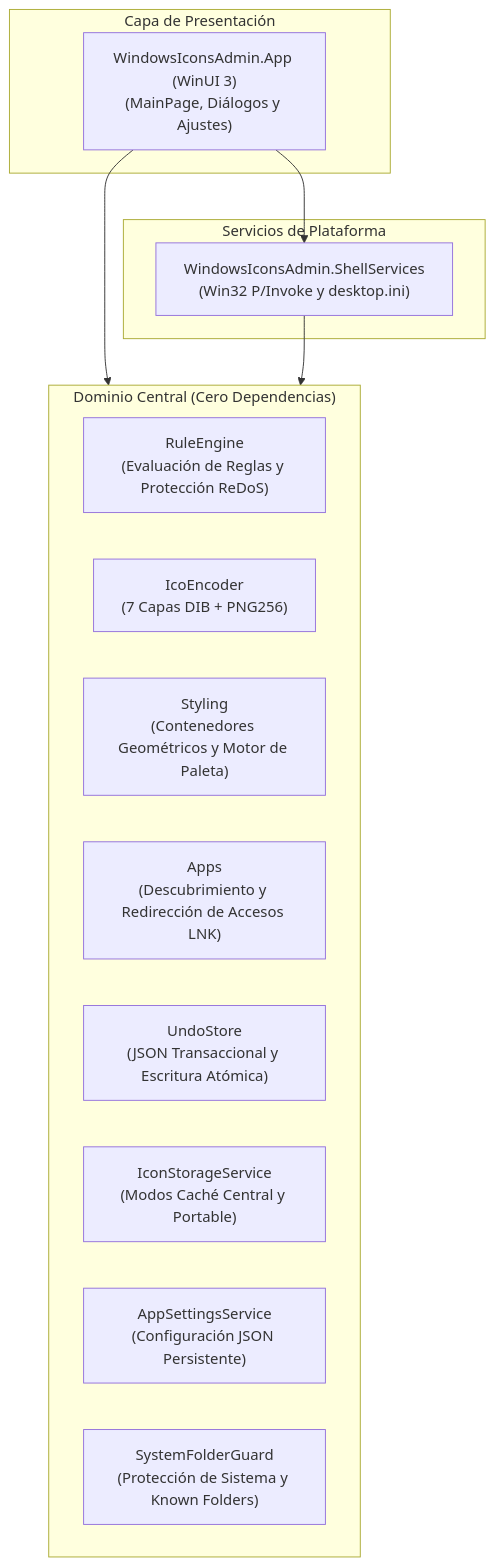
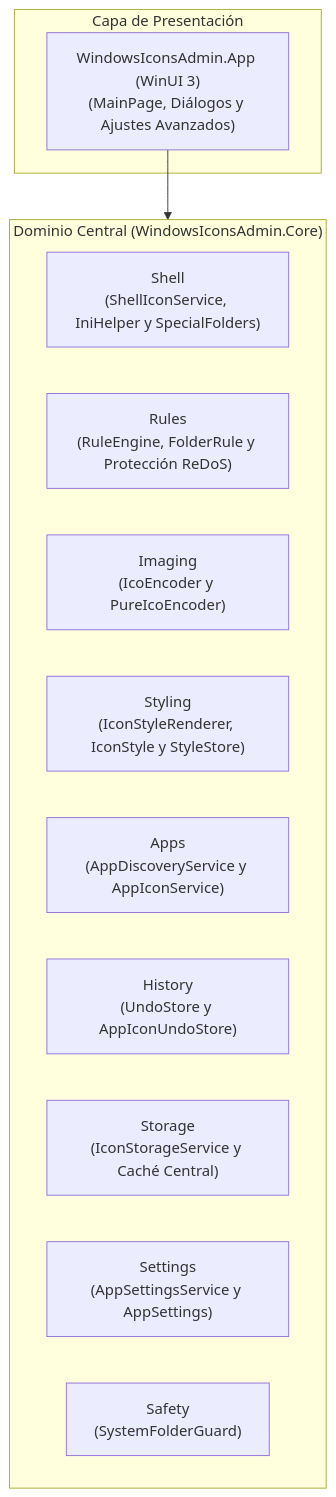
The diagram in README.es.md (AnaCataVC/windows-icons-admin), drawn with Mermaid before and after one commit. The commit also changed other lines of this file and 2 other files, not shown here.

Commit message:
docs: sync bilingual architecture docs and agent guidelines

````diff
--- a/README.es.md
+++ b/README.es.md
@@ -44,25 +44,20 @@
 ```mermaid
 flowchart TD
     subgraph UI ["Capa de Presentación"]
-        App["WindowsIconsAdmin.App (WinUI 3)<br/>(MainPage, Diálogos y Ajustes)"]
+        App["WindowsIconsAdmin.App (WinUI 3)<br/>(MainPage, Diálogos y Ajustes Avanzados)"]
     end
 
-    subgraph Shell ["Servicios de Plataforma"]
-        ShellSvc["WindowsIconsAdmin.ShellServices<br/>(Win32 P/Invoke y desktop.ini)"]
+    subgraph Core ["Dominio Central (WindowsIconsAdmin.Core)"]
+        Shell["Shell<br/>(ShellIconService, IniHelper y SpecialFolders)"]
+        Rules["Rules<br/>(RuleEngine, FolderRule y Protección ReDoS)"]
+        Imaging["Imaging<br/>(IcoEncoder y PureIcoEncoder)"]
+        Styling["Styling<br/>(IconStyleRenderer, IconStyle y StyleStore)"]
+        Apps["Apps<br/>(AppDiscoveryService y AppIconService)"]
+        History["History<br/>(UndoStore y AppIconUndoStore)"]
+        Storage["Storage<br/>(IconStorageService y Caché Central)"]
+        Settings["Settings<br/>(AppSettingsService y AppSettings)"]
+        Safety["Safety<br/>(SystemFolderGuard)"]
     end
 
-    subgraph Core ["Dominio Central (Cero Dependencias)"]
-        Rules["RuleEngine<br/>(Evaluación de Reglas y Protección ReDoS)"]
-        Imaging["IcoEncoder<br/>(7 Capas DIB + PNG256)"]
-        Styling["Styling<br/>(Contenedores Geométricos y Motor de Paleta)"]
-        Apps["Apps<br/>(Descubrimiento y Redirección de Accesos LNK)"]
-        History["UndoStore<br/>(JSON Transaccional y Escritura Atómica)"]
-        Storage["IconStorageService<br/>(Modos Caché Central y Portable)"]
-        Settings["AppSettingsService<br/>(Configuración JSON Persistente)"]
-        Safety["SystemFolderGuard<br/>(Protección de Sistema y Known Folders)"]
-    end
-
-    App --> ShellSvc
     App --> Core
-    ShellSvc --> Core
 ```
````
